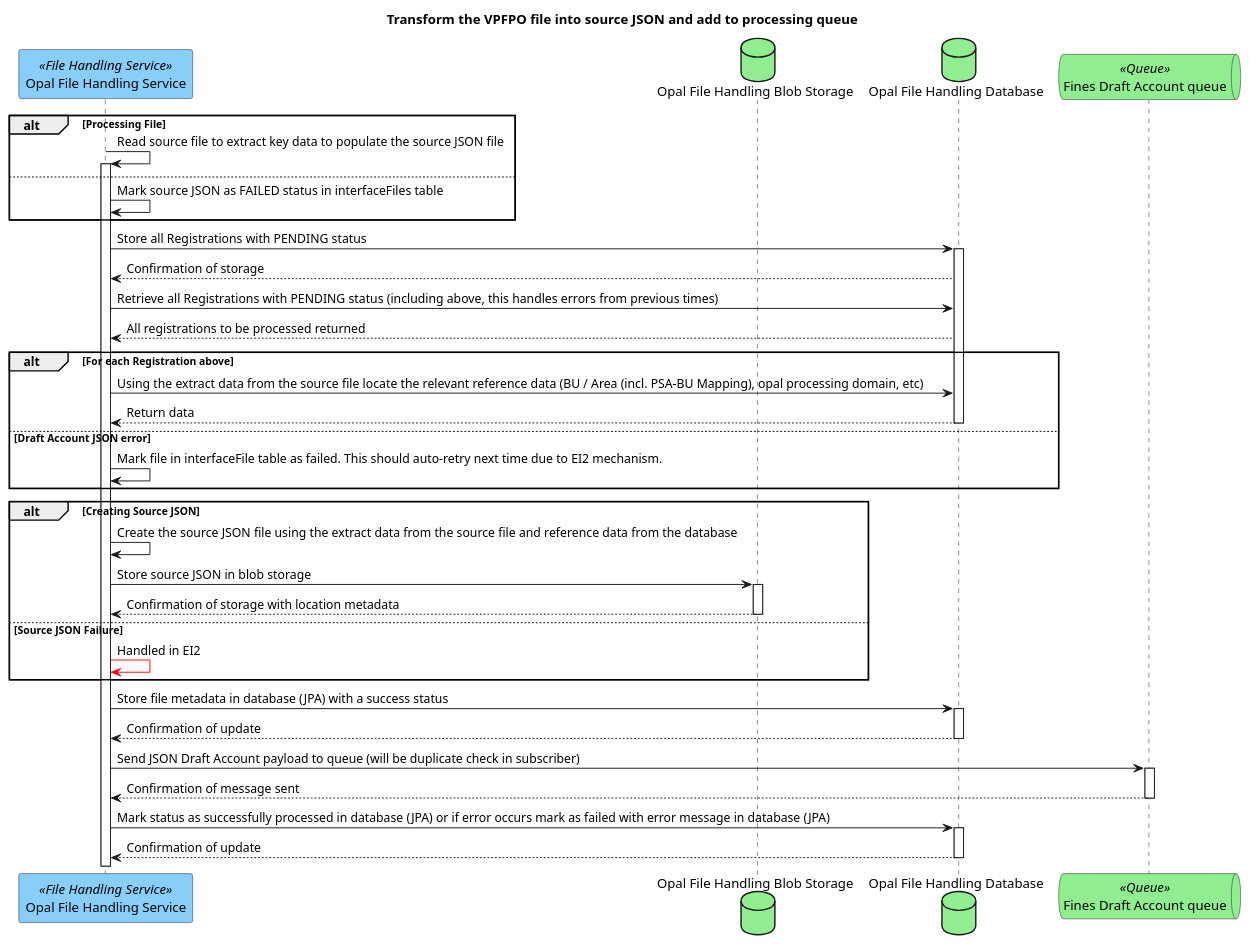
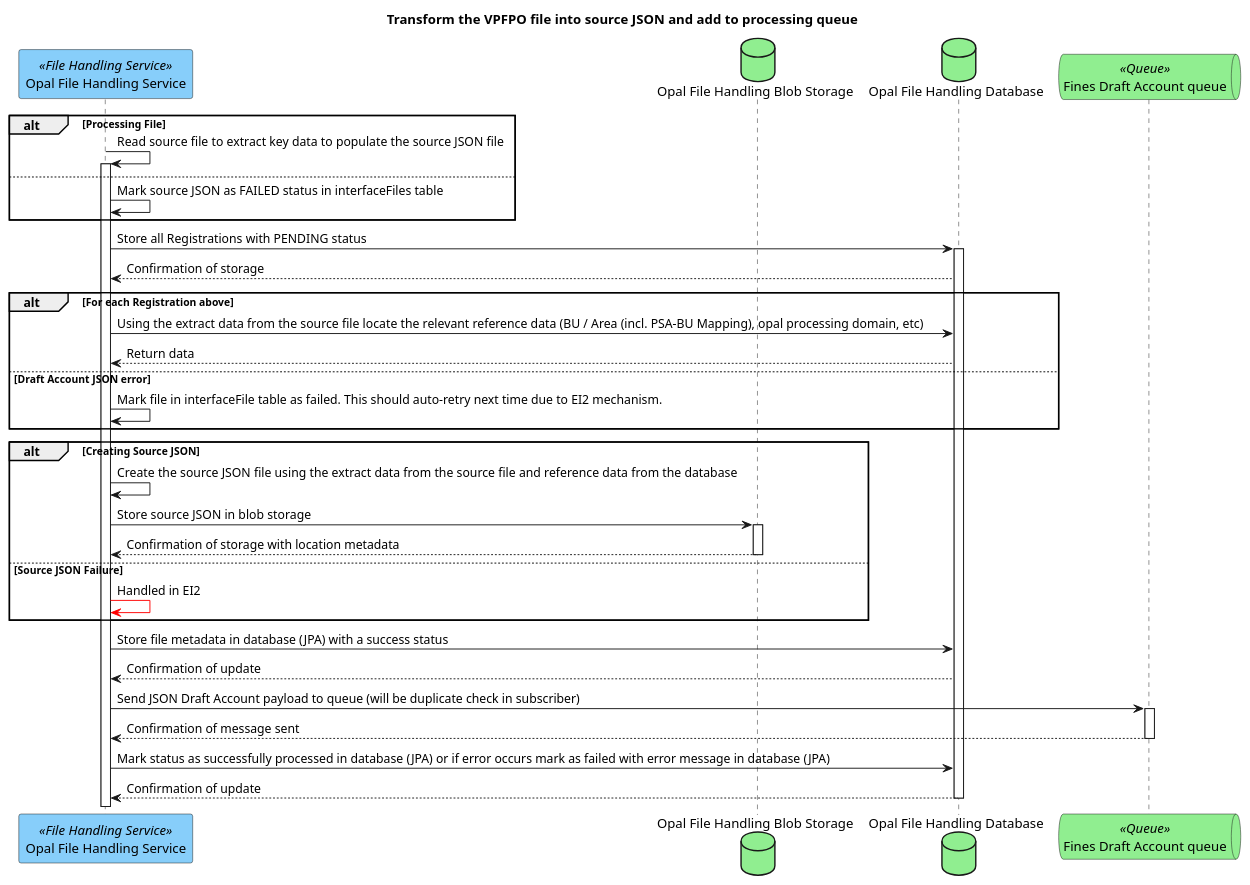
Before and after one commit to hmcts/opal-docs: the diagram in plantUML/external-interfaces/vpfpo-process-source-json.puml, drawn with PlantUML. The commit also changed 2 other files, not shown here.

```diff
--- a/plantUML/external-interfaces/vpfpo-process-source-json.puml
+++ b/plantUML/external-interfaces/vpfpo-process-source-json.puml
@@ -1,43 +1,41 @@
 @startuml
 title Transform the VPFPO file into source JSON and add to processing queue
 
 participant "Opal File Handling Service" as fileHandlingService <<File Handling Service>> #LightSkyBlue
 database "Opal File Handling Blob Storage" as fileHandlingBlobStorage #LightGreen
 database "Opal File Handling Database" as fileHandlingDb #LightGreen
 queue "Fines Draft Account queue" as finesDraftAccountQueue <<Queue>> #lightgreen
 
 alt Processing File
     fileHandlingService -> fileHandlingService ++ : Read source file to extract key data to populate the source JSON file
 else
     fileHandlingService -> fileHandlingService : Mark source JSON as FAILED status in interfaceFiles table
 end
 fileHandlingService -> fileHandlingDb ++ : Store all Registrations with PENDING status
 fileHandlingDb --> fileHandlingService : Confirmation of storage
-fileHandlingService -> fileHandlingDb : Retrieve all Registrations with PENDING status (including above, this handles errors from previous times)
-fileHandlingDb --> fileHandlingService : All registrations to be processed returned
 
 alt For each Registration above
     fileHandlingService -> fileHandlingDb : Using the extract data from the source file locate the relevant reference data (BU / Area (incl. PSA-BU Mapping), opal processing domain, etc)
-    fileHandlingDb --> fileHandlingService -- : Return data
+    fileHandlingDb --> fileHandlingService : Return data
 else Draft Account JSON error
     fileHandlingService -> fileHandlingService : Mark file in interfaceFile table as failed. This should auto-retry next time due to EI2 mechanism.
 end
 
 alt Creating Source JSON
     fileHandlingService -> fileHandlingService : Create the source JSON file using the extract data from the source file and reference data from the database
     fileHandlingService -> fileHandlingBlobStorage ++ : Store source JSON in blob storage
     fileHandlingBlobStorage --> fileHandlingService -- : Confirmation of storage with location metadata
 else Source JSON Failure
     fileHandlingService[#red]-> fileHandlingService : Handled in EI2
 end
 
-fileHandlingService -> fileHandlingDb ++ : Store file metadata in database (JPA) with a success status
-fileHandlingDb --> fileHandlingService -- : Confirmation of update
+fileHandlingService -> fileHandlingDb : Store file metadata in database (JPA) with a success status
+fileHandlingDb --> fileHandlingService : Confirmation of update
 
 fileHandlingService -> finesDraftAccountQueue ++ : Send JSON Draft Account payload to queue (will be duplicate check in subscriber)
 finesDraftAccountQueue --> fileHandlingService -- : Confirmation of message sent
 
-fileHandlingService -> fileHandlingDb ++ : Mark status as successfully processed in database (JPA) or if error occurs mark as failed with error message in database (JPA)
+fileHandlingService -> fileHandlingDb : Mark status as successfully processed in database (JPA) or if error occurs mark as failed with error message in database (JPA)
 fileHandlingDb --> fileHandlingService -- : Confirmation of update
 
 @enduml
```
